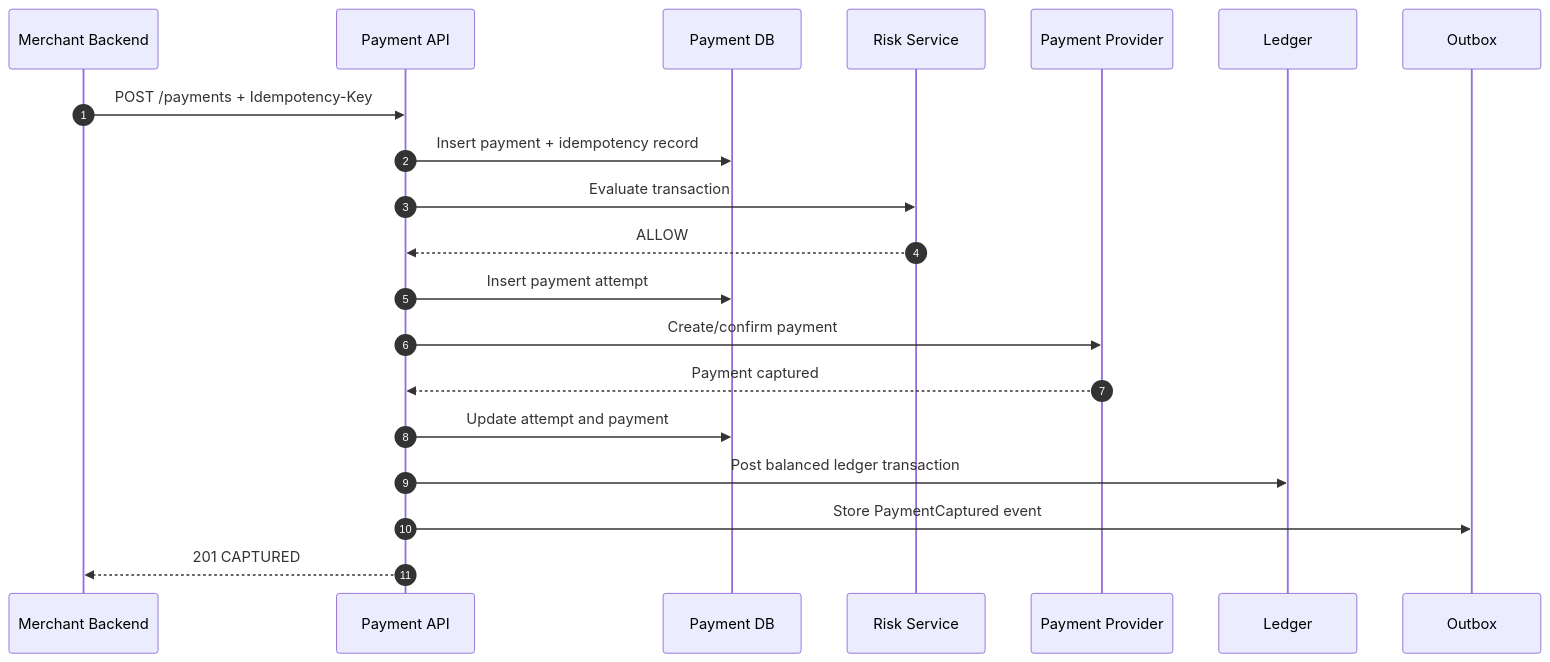
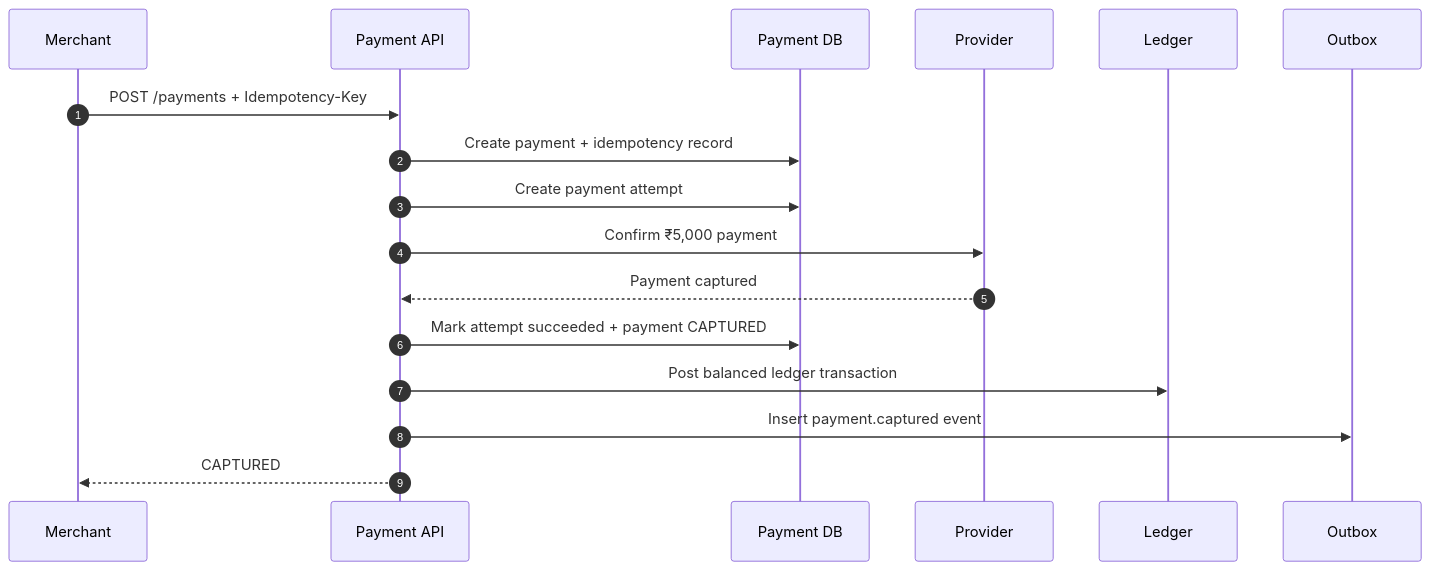
Before and after one commit to AvadhBhalodiya/Interview-Preparation: the third of 6 diagrams in src/content/system-design/payment-system.md, drawn with Mermaid. The commit also changed other lines of this file and 54 other files, not shown here.

````diff
--- a/src/content/system-design/payment-system.md
+++ b/src/content/system-design/payment-system.md
@@ -327,23 +191,20 @@
 ```mermaid
 sequenceDiagram
     autonumber
-    participant M as Merchant Backend
+    participant M as Merchant
     participant API as Payment API
     participant DB as Payment DB
-    participant R as Risk Service
-    participant P as Payment Provider
+    participant P as Provider
     participant L as Ledger
     participant O as Outbox
 
     M->>API: POST /payments + Idempotency-Key
-    API->>DB: Insert payment + idempotency record
-    API->>R: Evaluate transaction
-    R-->>API: ALLOW
-    API->>DB: Insert payment attempt
-    API->>P: Create/confirm payment
+    API->>DB: Create payment + idempotency record
+    API->>DB: Create payment attempt
+    API->>P: Confirm ₹5,000 payment
     P-->>API: Payment captured
-    API->>DB: Update attempt and payment
+    API->>DB: Mark attempt succeeded + payment CAPTURED
     API->>L: Post balanced ledger transaction
-    API->>O: Store PaymentCaptured event
-    API-->>M: 201 CAPTURED
+    API->>O: Insert payment.captured event
+    API-->>M: CAPTURED
 ```
````
